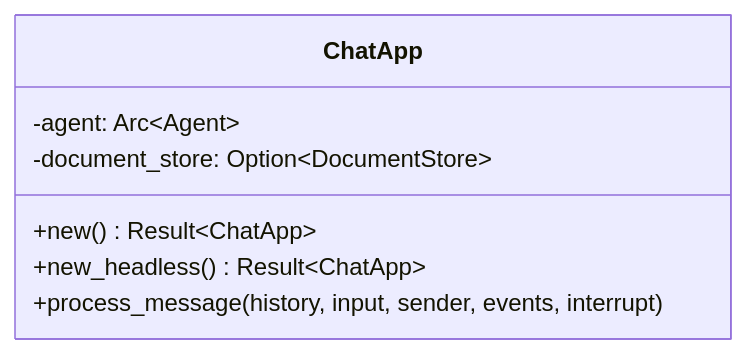
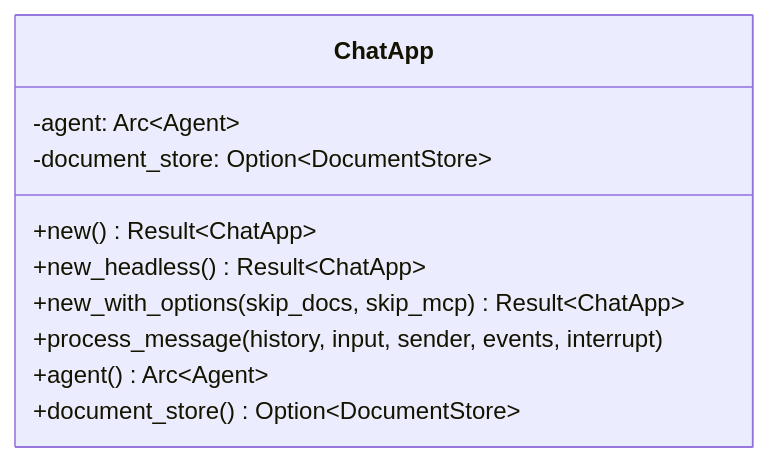
Before and after one commit to aomi-labs/docs: the first of 4 diagrams in reference/sdk-api.mdx, drawn with Mermaid. The commit also changed other lines of this file and 1 other file, not shown here.

````diff
--- a/reference/sdk-api.mdx
+++ b/reference/sdk-api.mdx
@@ -69,10 +116,13 @@
 ```mermaid
 classDiagram
     class ChatApp {
         -agent: Arc~Agent~
         -document_store: Option~DocumentStore~
         +new() Result~ChatApp~
         +new_headless() Result~ChatApp~
+        +new_with_options(skip_docs, skip_mcp) Result~ChatApp~
         +process_message(history, input, sender, events, interrupt)
+        +agent() Arc~Agent~
+        +document_store() Option~DocumentStore~
     }
 ```
````
